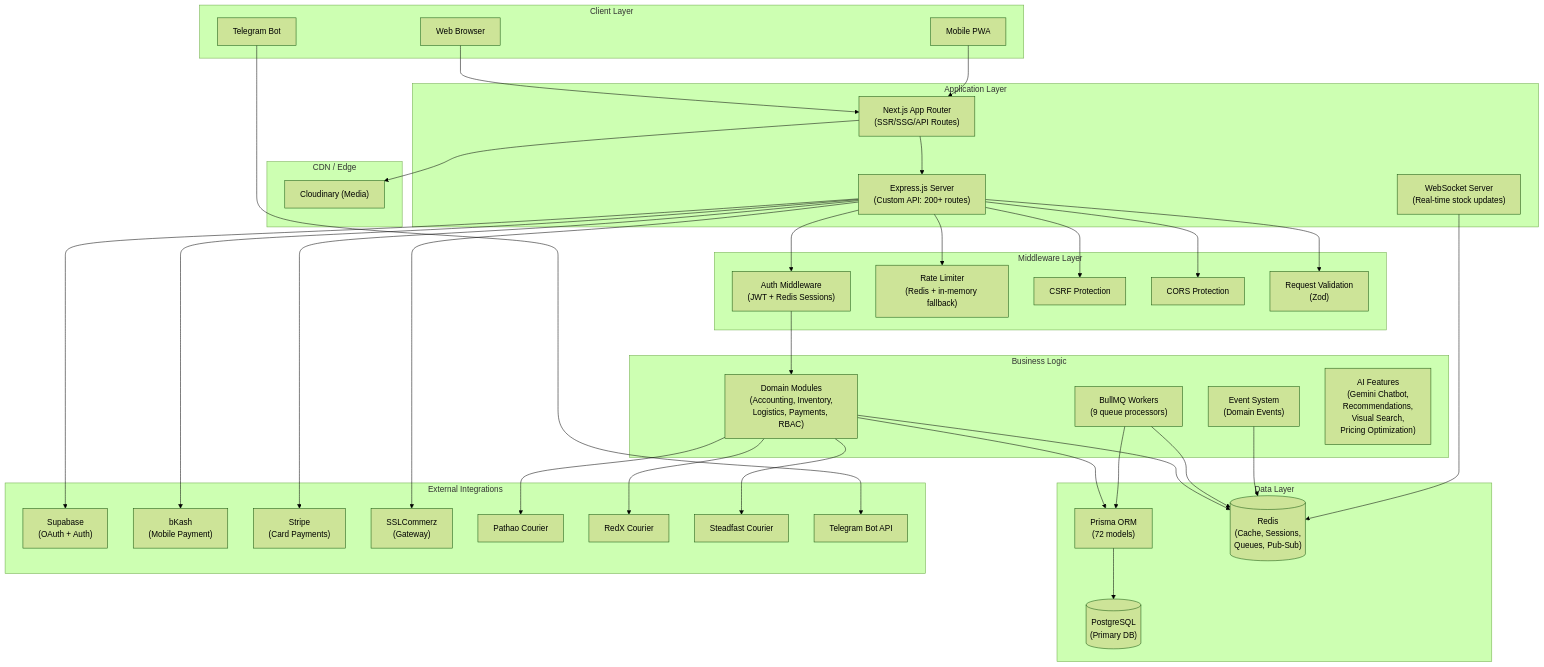
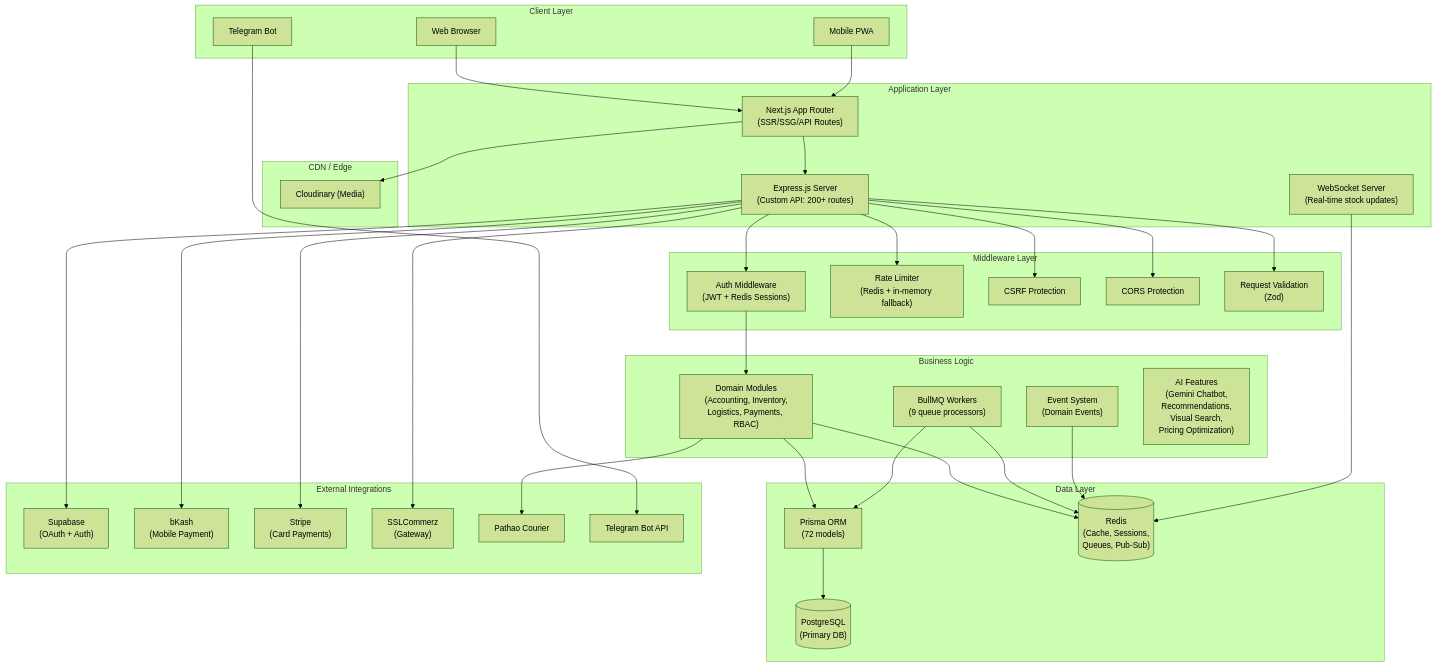
One commit to Suhan-Ahmad226/LofiMart changed the first of 9 diagrams in docs/Architecture.md. Above: the diagram before and after it, drawn with Mermaid (forest theme). The commit also changed other lines of this file and 672 other files, not shown here.

Commit message:
refactor: consolidate marketplace architecture and features

````diff
--- a/docs/Architecture.md
+++ b/docs/Architecture.md
@@ -22,76 +22,74 @@
 ```mermaid
 graph TB
     subgraph "Client Layer"
         Browser["Web Browser"]
         Mobile["Mobile PWA"]
         Telegram["Telegram Bot"]
     end
 
     subgraph "CDN / Edge"
         Cloudinary["Cloudinary (Media)"]
     end
 
     subgraph "Application Layer"
         NextJS["Next.js App Router<br/>(SSR/SSG/API Routes)"]
         Express["Express.js Server<br/>(Custom API: 200+ routes)"]
         WS["WebSocket Server<br/>(Real-time stock updates)"]
     end
 
     subgraph "Middleware Layer"
         Auth["Auth Middleware<br/>(JWT + Redis Sessions)"]
         RateLimit["Rate Limiter<br/>(Redis + in-memory fallback)"]
         CSRF["CSRF Protection"]
         CORS["CORS Protection"]
         Validation["Request Validation<br/>(Zod)"]
     end
 
     subgraph "Business Logic"
         Modules["Domain Modules<br/>(Accounting, Inventory,<br/>Logistics, Payments, RBAC)"]
         Workers["BullMQ Workers<br/>(9 queue processors)"]
         Events["Event System<br/>(Domain Events)"]
         AI["AI Features<br/>(Gemini Chatbot,<br/>Recommendations,<br/>Visual Search,<br/>Pricing Optimization)"]
     end
 
     subgraph "Data Layer"
         Prisma["Prisma ORM<br/>(72 models)"]
         PostgreSQL[("PostgreSQL<br/>(Primary DB)")]
         Redis[("Redis<br/>(Cache, Sessions,<br/>Queues, Pub-Sub)")]
     end
 
     subgraph "External Integrations"
         Supabase["Supabase<br/>(OAuth + Auth)"]
         bKash["bKash<br/>(Mobile Payment)"]
         Stripe["Stripe<br/>(Card Payments)"]
         SSLCommerz["SSLCommerz<br/>(Gateway)"]
         Pathao["Pathao Courier"]
-        RedX["RedX Courier"]
-        Steadfast["Steadfast Courier"]
+
         TelegramAPI["Telegram Bot API"]
     end
 
     Browser --> NextJS
     Mobile --> NextJS
     Telegram --> TelegramAPI
     NextJS --> Express
     NextJS --> Cloudinary
     Express --> Auth
     Express --> RateLimit
     Express --> CSRF
     Express --> CORS
     Express --> Validation
     Auth --> Modules
     Modules --> Prisma
     Prisma --> PostgreSQL
     Modules --> Redis
     Workers --> Redis
     Workers --> Prisma
     Events --> Redis
     Express --> Supabase
     Express --> bKash
     Express --> Stripe
     Express --> SSLCommerz
     Modules --> Pathao
-    Modules --> RedX
-    Modules --> Steadfast
+
     WS --> Redis
 ```
````
